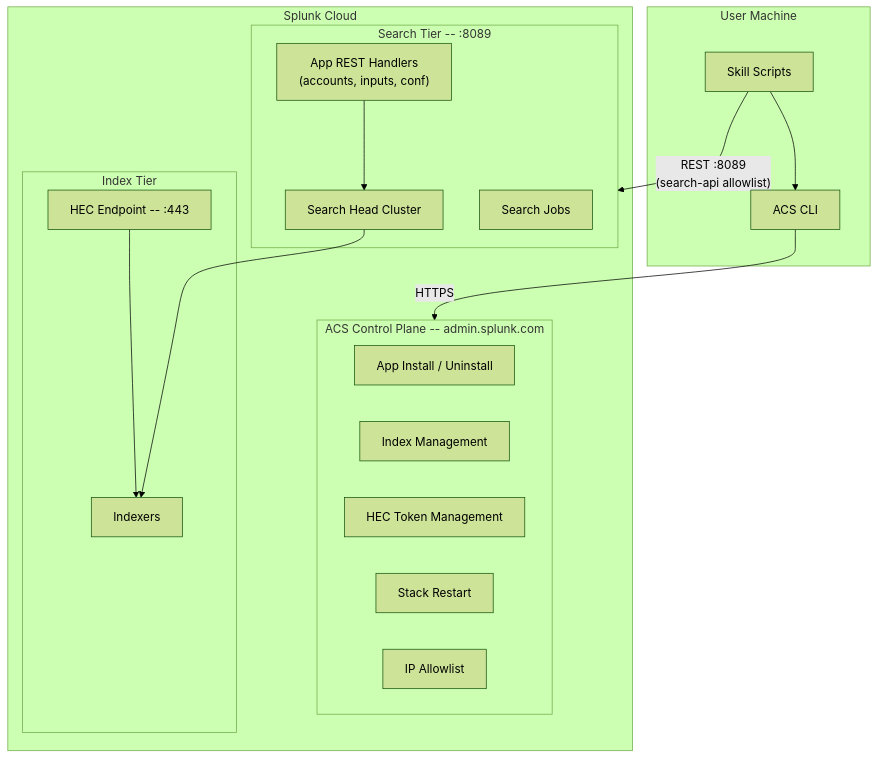
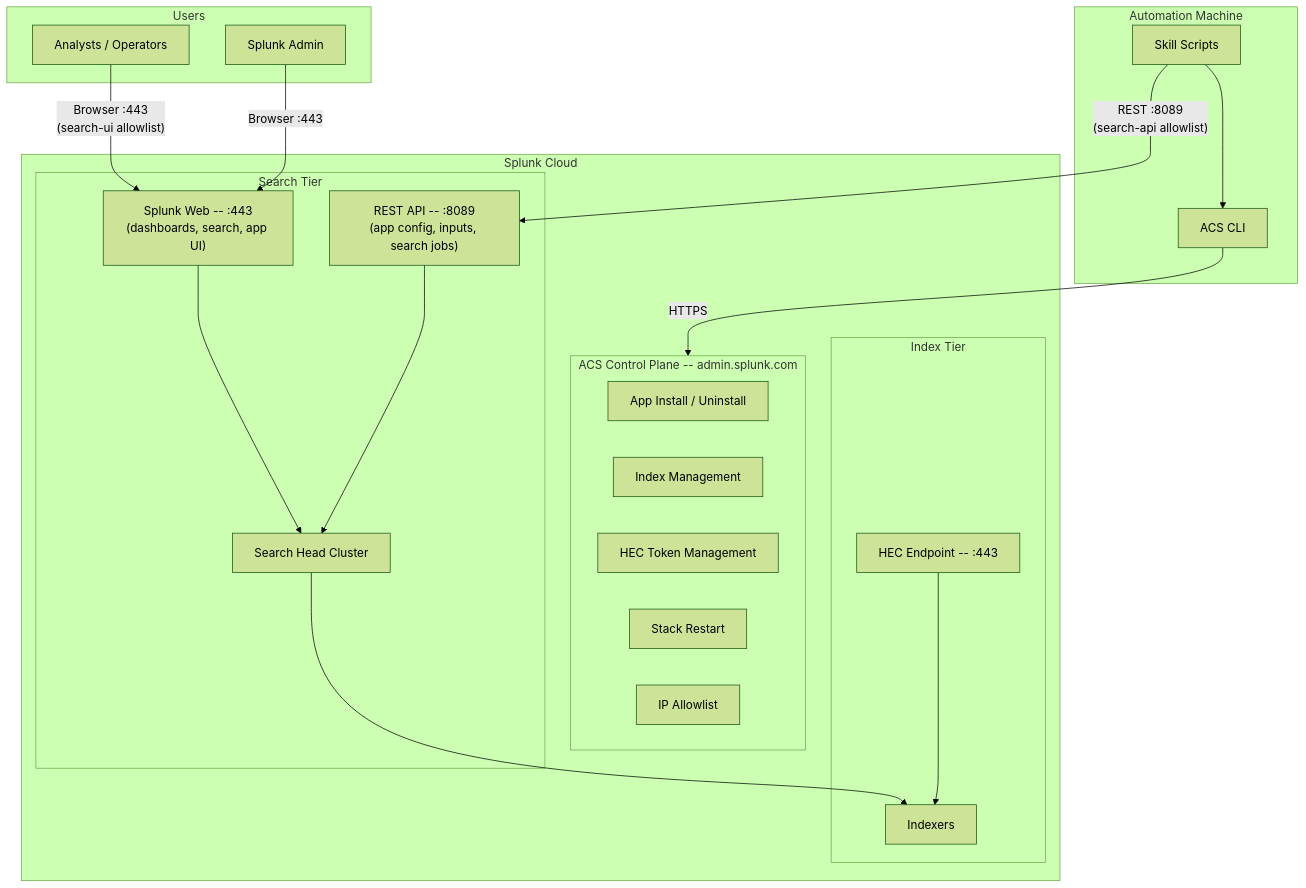
One commit to chambear2809/splunk-cisco-skills changed the first of 7 diagrams in ARCHITECTURE.md. Above: the diagram before and after it, drawn with Mermaid (forest theme). The commit also changed other lines of this file, not shown here.

First line of the commit message:
Add users and Splunk Web to architecture diagrams

````diff
--- a/ARCHITECTURE.md
+++ b/ARCHITECTURE.md
@@ -14,35 +14,43 @@
 ```mermaid
 flowchart TB
-  subgraph userMachine [User Machine]
+  subgraph users [Users]
+    SplunkUser["Analysts / Operators"]
+    Admin["Splunk Admin"]
+  end
+
+  subgraph userMachine [Automation Machine]
     Scripts[Skill Scripts]
     ACSCLI[ACS CLI]
   end
 
   subgraph splunkCloud [Splunk Cloud]
     subgraph acsLayer [ACS Control Plane -- admin.splunk.com]
       ACSApps[App Install / Uninstall]
       ACSIndexes[Index Management]
       ACSHEC[HEC Token Management]
       ACSRestart[Stack Restart]
       ACSAllowlist[IP Allowlist]
     end
 
-    subgraph searchTier ["Search Tier -- :8089"]
+    subgraph searchTier [Search Tier]
+      SplunkWeb["Splunk Web -- :443\n(dashboards, search, app UI)"]
+      RESTAPI["REST API -- :8089\n(app config, inputs, search jobs)"]
       SHCluster["Search Head Cluster"]
-      AppREST["App REST Handlers\n(accounts, inputs, conf)"]
-      SearchJobs[Search Jobs]
     end
 
     subgraph indexTier [Index Tier]
       HECEndpoint["HEC Endpoint -- :443"]
       Indexers[Indexers]
     end
   end
 
+  SplunkUser -->|"Browser :443\n(search-ui allowlist)"| SplunkWeb
+  Admin -->|"Browser :443"| SplunkWeb
   Scripts --> ACSCLI
   ACSCLI -->|"HTTPS"| acsLayer
-  Scripts -->|"REST :8089\n(search-api allowlist)"| searchTier
-  AppREST --> SHCluster
+  Scripts -->|"REST :8089\n(search-api allowlist)"| RESTAPI
+  SplunkWeb --> SHCluster
+  RESTAPI --> SHCluster
   SHCluster --> Indexers
   HECEndpoint --> Indexers
 ```
````
